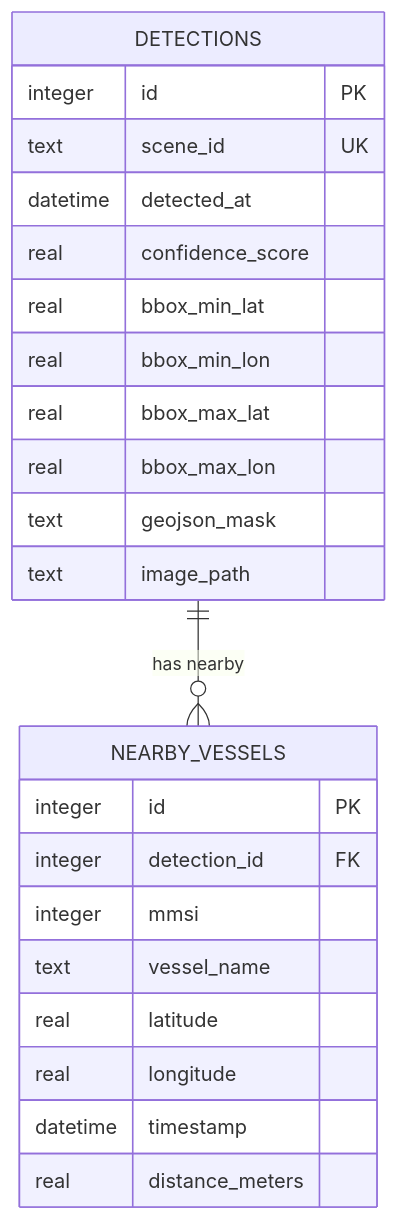
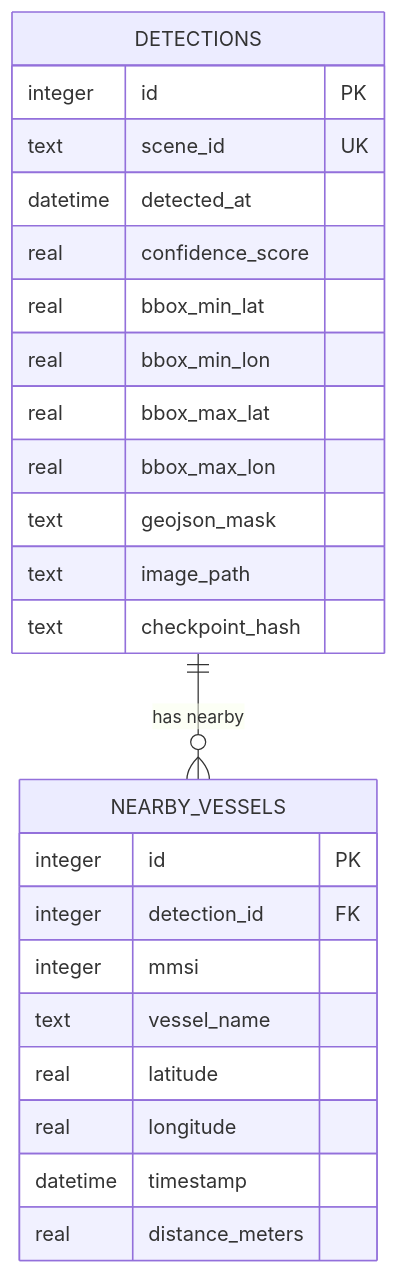
Before and after one commit to Zenzencat/Project-Pelagic: the diagram in docs/db_schema.md, drawn with Mermaid. The commit also changed other lines of this file and 2 other files, not shown here.

First line of the commit message:
Fix stale-cache bug in /api/predict via checkpoint_hash

````diff
--- a/docs/db_schema.md
+++ b/docs/db_schema.md
@@ -18,28 +18,29 @@
 ```mermaid
 erDiagram
   DETECTIONS ||--o{ NEARBY_VESSELS : "has nearby"
   
   DETECTIONS {
     integer id PK
     text scene_id UK
     datetime detected_at
     real confidence_score
     real bbox_min_lat
     real bbox_min_lon
     real bbox_max_lat
     real bbox_max_lon
     text geojson_mask
     text image_path
+    text checkpoint_hash
   }
 
   NEARBY_VESSELS {
     integer id PK
     integer detection_id FK
     integer mmsi
     text vessel_name
     real latitude
     real longitude
     datetime timestamp
     real distance_meters
   }
 ```
````
